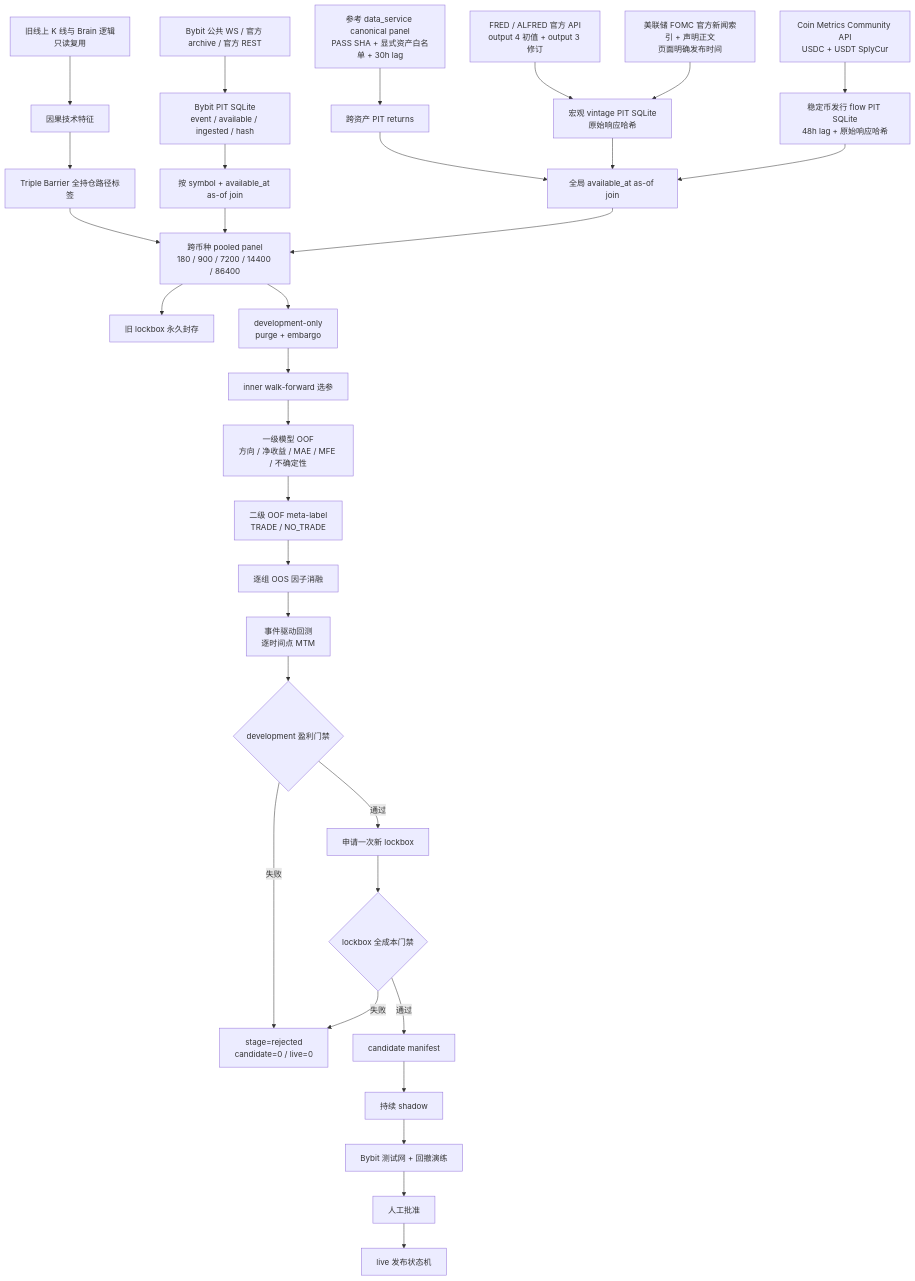
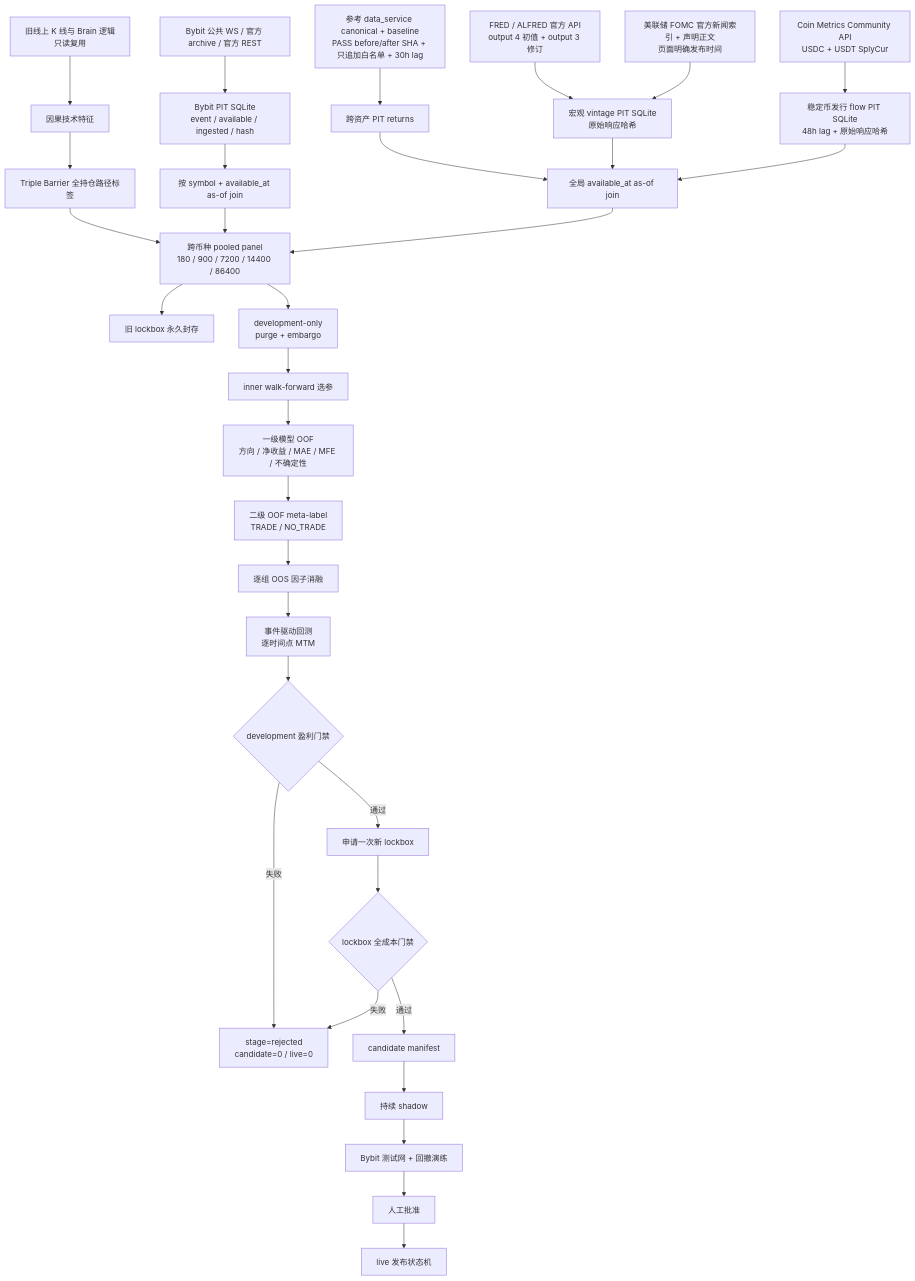
Before and after one commit to ckbkdj/ai-bybit-trading-system: the first of 2 diagrams in ai_bot3/ai_bot3/docs/profitability_alpha_architecture.md, drawn with Mermaid. The commit also changed other lines of this file and 10 other files, not shown here.

````diff
--- a/ai_bot3/ai_bot3/docs/profitability_alpha_architecture.md
+++ b/ai_bot3/ai_bot3/docs/profitability_alpha_architecture.md
@@ -19,37 +19,37 @@
 ```mermaid
 flowchart TD
     A[旧线上 K 线与 Brain 逻辑<br/>只读复用] --> B[因果技术特征]
     C[Bybit 公共 WS / 官方 archive / 官方 REST] --> D[Bybit PIT SQLite<br/>event / available / ingested / hash]
-    E[参考 data_service canonical panel<br/>PASS SHA + 显式资产白名单 + 30h lag] --> F[跨资产 PIT returns]
+    E[参考 data_service canonical + baseline<br/>PASS before/after SHA + 只追加白名单 + 30h lag] --> F[跨资产 PIT returns]
     G[FRED / ALFRED 官方 API<br/>output 4 初值 + output 3 修订] --> H[宏观 vintage PIT SQLite<br/>原始响应哈希]
     AE[美联储 FOMC 官方新闻索引 + 声明正文<br/>页面明确发布时间] --> H
     AC[Coin Metrics Community API<br/>USDC + USDT SplyCur] --> AD[稳定币发行 flow PIT SQLite<br/>48h lag + 原始响应哈希]
 
     B --> I[Triple Barrier 全持仓路径标签]
     D --> J[按 symbol + available_at as-of join]
     F --> K[全局 available_at as-of join]
     H --> K
     AD --> K
     I --> L[跨币种 pooled panel<br/>180 / 900 / 7200 / 14400 / 86400]
     J --> L
     K --> L
 
     L --> M[旧 lockbox 永久封存]
     L --> N[development-only<br/>purge + embargo]
     N --> O[inner walk-forward 选参]
     O --> P[一级模型 OOF<br/>方向 / 净收益 / MAE / MFE / 不确定性]
     P --> Q[二级 OOF meta-label<br/>TRADE / NO_TRADE]
     Q --> R[逐组 OOS 因子消融]
     R --> S[事件驱动回测<br/>逐时间点 MTM]
     S --> T{development 盈利门禁}
 
     T -- 失败 --> U[stage=rejected<br/>candidate=0 / live=0]
     T -- 通过 --> V[申请一次新 lockbox]
     V --> W{lockbox 全成本门禁}
     W -- 失败 --> U
     W -- 通过 --> X[candidate manifest]
     X --> Y[持续 shadow]
     Y --> Z[Bybit 测试网 + 回撤演练]
     Z --> AA[人工批准]
     AA --> AB[live 发布状态机]
 ```
````
